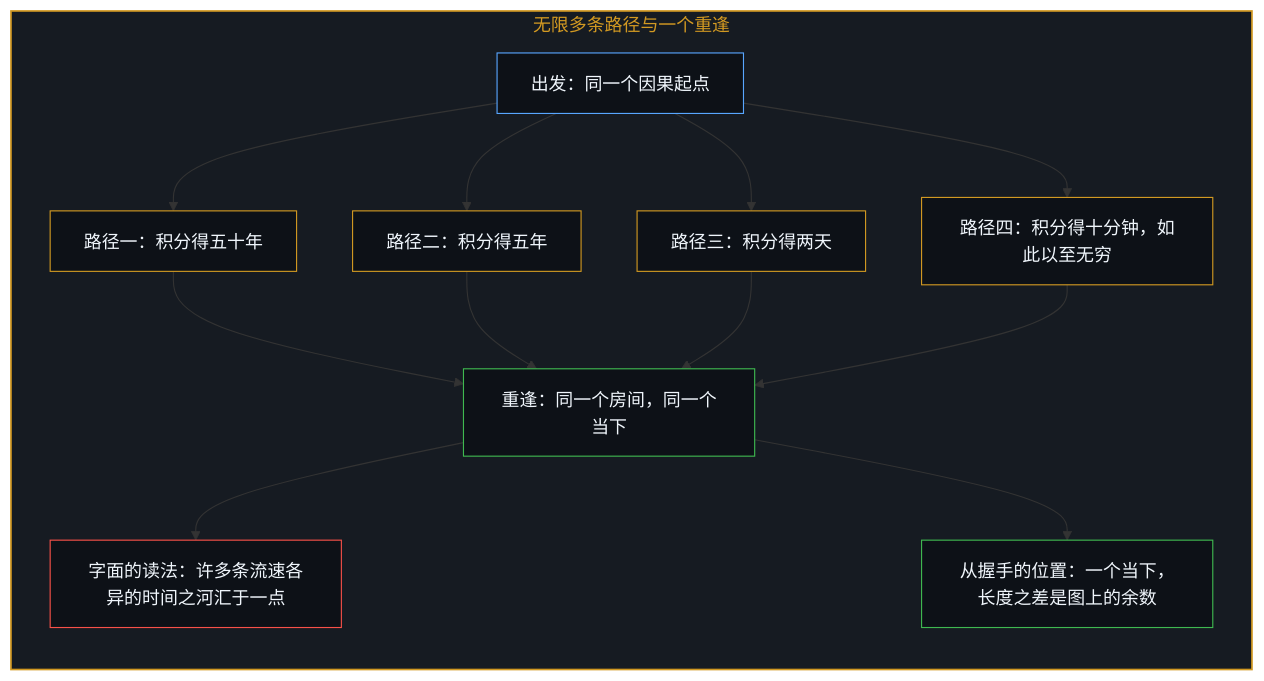
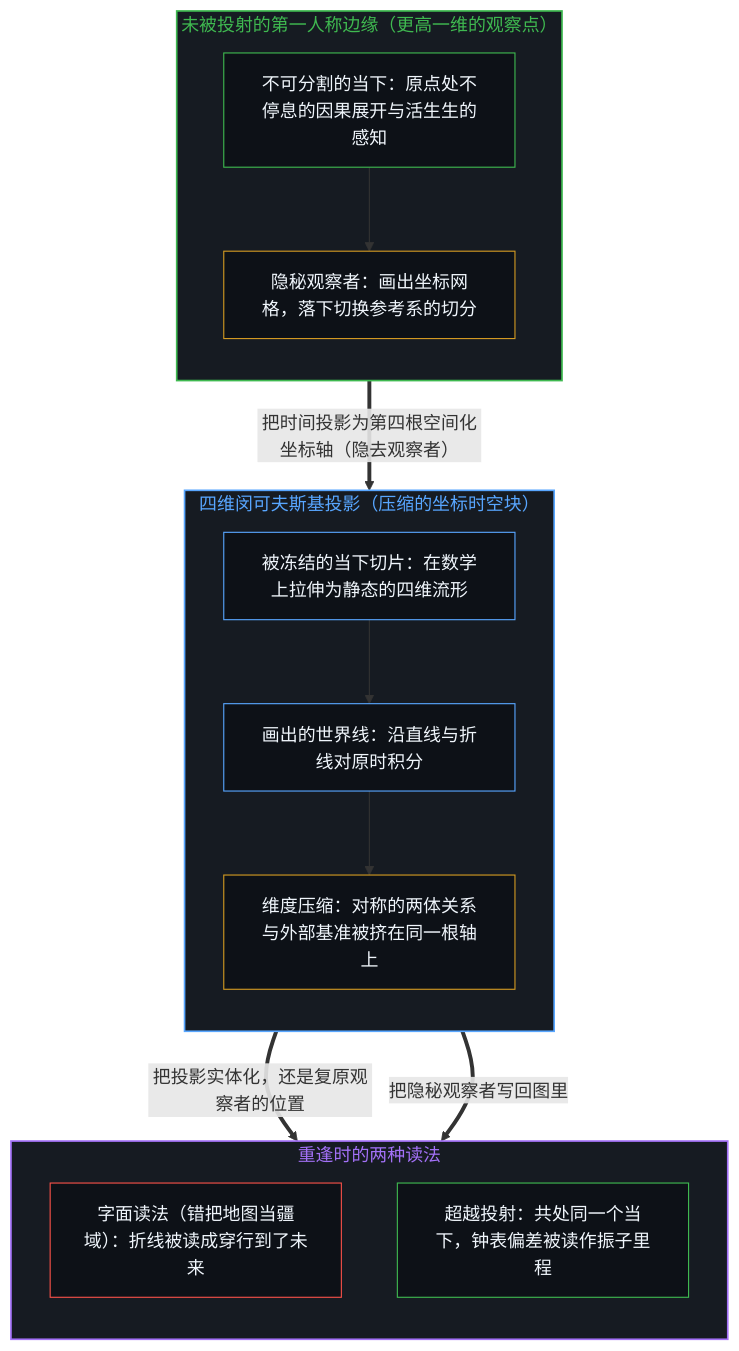
Before and after one commit to powerpig99/not-a-toe: the first of 2 diagrams in content/posts/the-twin-paradox-and-the-hidden-observer.md, drawn with Mermaid. The commit also changed other lines of this file and 1 other file, not shown here.

Commit message:
Refine L2 #90: the-twin-paradox-and-the-hidden-observer (Deep Sleep Wave 3)

````diff
--- a/content/posts/the-twin-paradox-and-the-hidden-observer.md
+++ b/content/posts/the-twin-paradox-and-the-hidden-observer.md
@@ -429,34 +57,39 @@
 ```mermaid
 flowchart TD
-    subgraph S_Paths["无限多条路径与一个重逢"]
+    subgraph S_Edge["未被投射的第一人称边缘（更高一维的观察点）"]
         direction TB
-        Origin["出发：同一个因果起点"]
-        PathOne["路径一：积分得五十年"]
-        PathTwo["路径二：积分得五年"]
-        PathThree["路径三：积分得两天"]
-        PathMore["路径四：积分得十分钟，如此以至无穷"]
-        Room["重逢：同一个房间，同一个当下"]
-        Rivers["字面的读法：许多条流速各异的时间之河汇于一点"]
-        Rem["从握手的位置：一个当下，长度之差是图上的余数"]
-        Origin --> PathOne
-        Origin --> PathTwo
-        Origin --> PathThree
-        Origin --> PathMore
-        PathOne --> Room
-        PathTwo --> Room
-        PathThree --> Room
-        PathMore --> Room
-        Room --> Rivers
-        Room --> Rem
+        E_Now["不可分割的当下：原点处不停息的因果展开与活生生的感知"]
+        E_Cut["隐秘观察者：画出坐标网格，落下切换参考系的切分"]
+        E_Now --> E_Cut
     end
 
-    style S_Paths fill:#161b22,stroke:#d29922,stroke-width:1.5px,color:#d29922
-    style Origin fill:#0d1117,stroke:#58a6ff,stroke-width:1px,color:#f0f6fc
-    style PathOne fill:#0d1117,stroke:#d29922,stroke-width:1px,color:#f0f6fc
-    style PathTwo fill:#0d1117,stroke:#d29922,stroke-width:1px,color:#f0f6fc
-    style PathThree fill:#0d1117,stroke:#d29922,stroke-width:1px,color:#f0f6fc
-    style PathMore fill:#0d1117,stroke:#d29922,stroke-width:1px,color:#f0f6fc
-    style Room fill:#0d1117,stroke:#3fb950,stroke-width:1px,color:#f0f6fc
-    style Rivers fill:#0d1117,stroke:#f85149,stroke-width:1px,color:#f0f6fc
-    style Rem fill:#0d1117,stroke:#3fb950,stroke-width:1px,color:#f0f6fc
+    subgraph S_Block["四维闵可夫斯基投影（压缩的坐标时空块）"]
+        direction TB
+        B_Freeze["被冻结的当下切片：在数学上拉伸为静态的四维流形"]
+        B_Lines["画出的世界线：沿直线与折线对原时积分"]
+        B_Clash["维度压缩：对称的两体关系与外部基准被挤在同一根轴上"]
+        B_Freeze --> B_Lines
+        B_Lines --> B_Clash
+    end
+
+    subgraph S_Read["重逢时的两种读法"]
+        direction TB
+        R_Paradox["字面读法（错把地图当疆域）：折线被读成穿行到了未来"]
+        R_Dissolve["超越投射：共处同一个当下，钟表偏差被读作振子里程"]
+    end
+
+    E_Cut ==>|"把时间投影为第四根空间化坐标轴（隐去观察者）"| B_Freeze
+    B_Clash ==>|"把投影实体化，还是复原观察者的位置"| R_Paradox
+    B_Clash ==>|"把隐秘观察者写回图里"| R_Dissolve
+
+    style S_Edge fill:#161b22,stroke:#3fb950,stroke-width:1.5px,color:#3fb950
+    style S_Block fill:#161b22,stroke:#58a6ff,stroke-width:1.5px,color:#58a6ff
+    style S_Read fill:#161b22,stroke:#a371f7,stroke-width:1.5px,color:#a371f7
+    style E_Now fill:#0d1117,stroke:#3fb950,stroke-width:1px,color:#f0f6fc
+    style E_Cut fill:#0d1117,stroke:#d29922,stroke-width:1px,color:#f0f6fc
+    style B_Freeze fill:#0d1117,stroke:#58a6ff,stroke-width:1px,color:#f0f6fc
+    style B_Lines fill:#0d1117,stroke:#58a6ff,stroke-width:1px,color:#f0f6fc
+    style B_Clash fill:#0d1117,stroke:#d29922,stroke-width:1px,color:#f0f6fc
+    style R_Paradox fill:#0d1117,stroke:#f85149,stroke-width:1px,color:#f0f6fc
+    style R_Dissolve fill:#0d1117,stroke:#3fb950,stroke-width:1px,color:#f0f6fc
 ```
````
